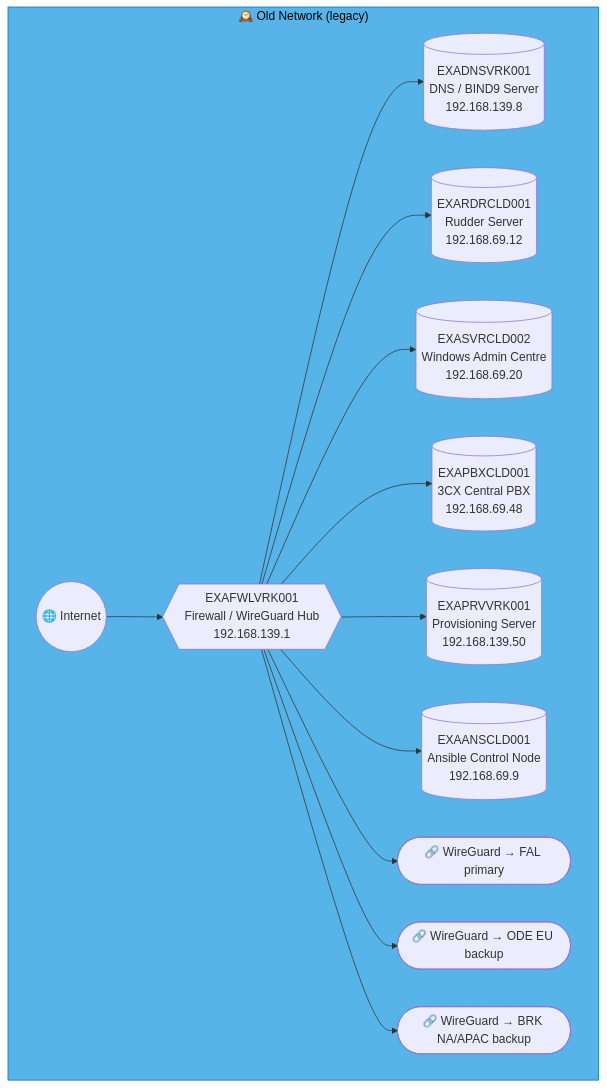
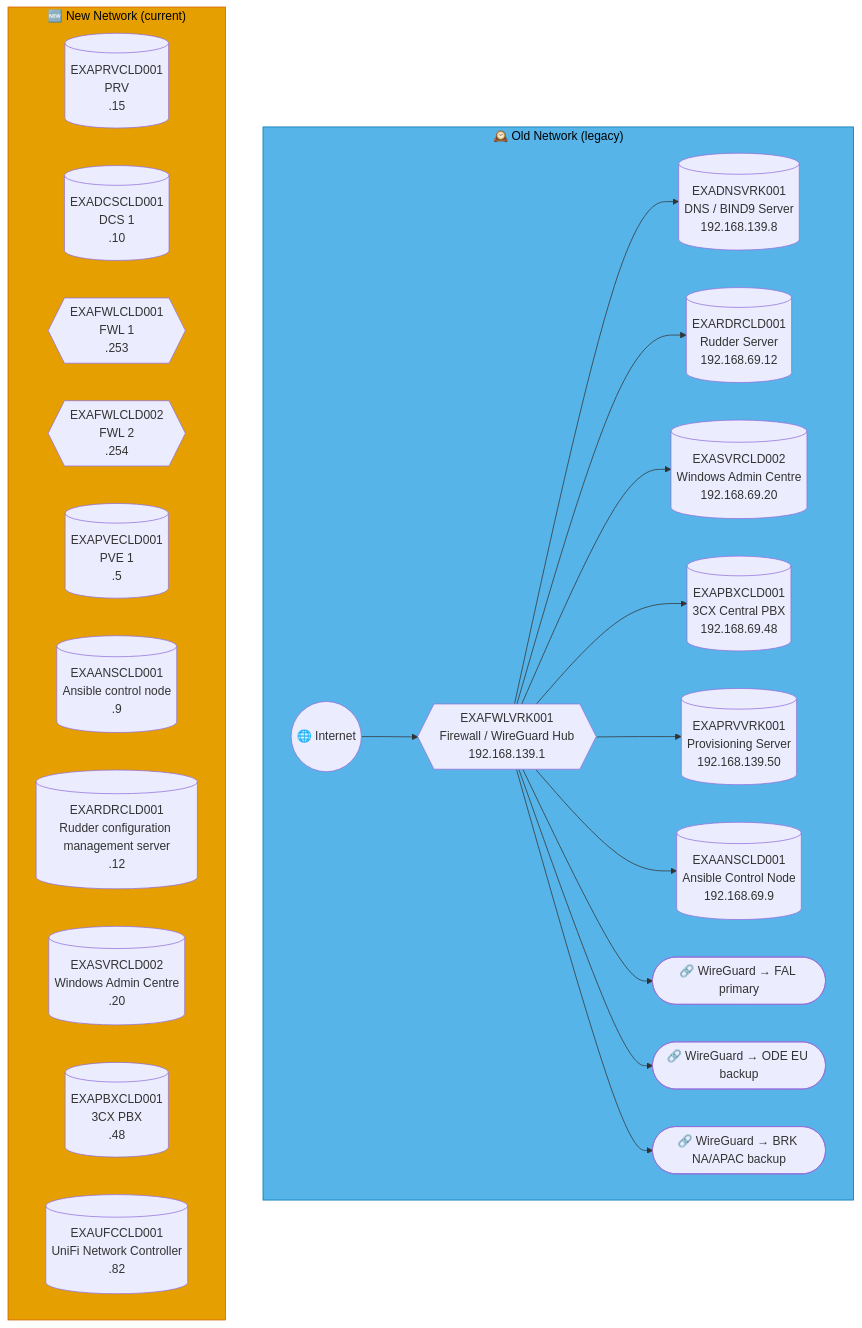
The first of 51 diagrams in docs/network-diagram.md (knightmare2600/example_music_infra), drawn with Mermaid before and after one commit. The commit also changed other lines of this file and 1 other file, not shown here.

````diff
--- a/docs/network-diagram.md
+++ b/docs/network-diagram.md
@@ -129,30 +133,45 @@
 ```mermaid
 graph TD
     subgraph OLD_CLD ["🕰️ Old Network (legacy)"]
       INET(("🌐 Internet"))
       FWLCLD{{"EXAFWLVRK001<br/>Firewall / WireGuard Hub<br/>192.168.139.1"}}
       DNS[("EXADNSVRK001<br/>DNS / BIND9 Server<br/>192.168.139.8")]
       PRV[("EXAPRVVRK001<br/>Provisioning Server<br/>192.168.139.50")]
       RUD[("EXARDRCLD001<br/>Rudder Server<br/>192.168.69.12")]
       WAC[("EXASVRCLD002<br/>Windows Admin Centre<br/>192.168.69.20")]
       PBX[("EXAPBXCLD001<br/>3CX Central PBX<br/>192.168.69.48")]
       ANS[("EXAANSCLD001<br/>Ansible Control Node<br/>192.168.69.9")]
 
       VPN_FAL(["🔗 WireGuard → FAL primary"])
       VPN_ODE(["🔗 WireGuard → ODE EU backup"])
       VPN_BRK(["🔗 WireGuard → BRK NA/APAC backup"])
 
       INET --> FWLCLD
       FWLCLD --> DNS
       FWLCLD --> RUD
       FWLCLD --> WAC
       FWLCLD --> PBX
       FWLCLD --> PRV
       FWLCLD --> ANS
       FWLCLD --> VPN_FAL
       FWLCLD --> VPN_ODE
       FWLCLD --> VPN_BRK
 
     end
     style OLD_CLD fill:#56B4E9,stroke:#0072B2,color:#000000
+    %% GENERATED:NEW-NETWORK:CLD:START
+    subgraph NEW_CLD ["🆕 New Network (current)"]
+      N_PRV[("EXAPRVCLD001<br/>PRV<br/>.15")]
+      N_DCS[("EXADCSCLD001<br/>DCS 1<br/>.10")]
+      N_FWL{{"EXAFWLCLD001<br/>FWL 1<br/>.253"}}
+      N_FWL2{{"EXAFWLCLD002<br/>FWL 2<br/>.254"}}
+      N_PVE[("EXAPVECLD001<br/>PVE 1<br/>.5")]
+      N_ANS[("EXAANSCLD001<br/>Ansible control node<br/>.9")]
+      N_RDR[("EXARDRCLD001<br/>Rudder configuration management server<br/>.12")]
+      N_SVR[("EXASVRCLD002<br/>Windows Admin Centre<br/>.20")]
+      N_PBX[("EXAPBXCLD001<br/>3CX PBX<br/>.48")]
+      N_UFC[("EXAUFCCLD001<br/>UniFi Network Controller<br/>.82")]
+    end
+    style NEW_CLD fill:#E69F00,stroke:#D55E00,color:#000000
+    %% GENERATED:NEW-NETWORK:CLD:END
 ```
````
